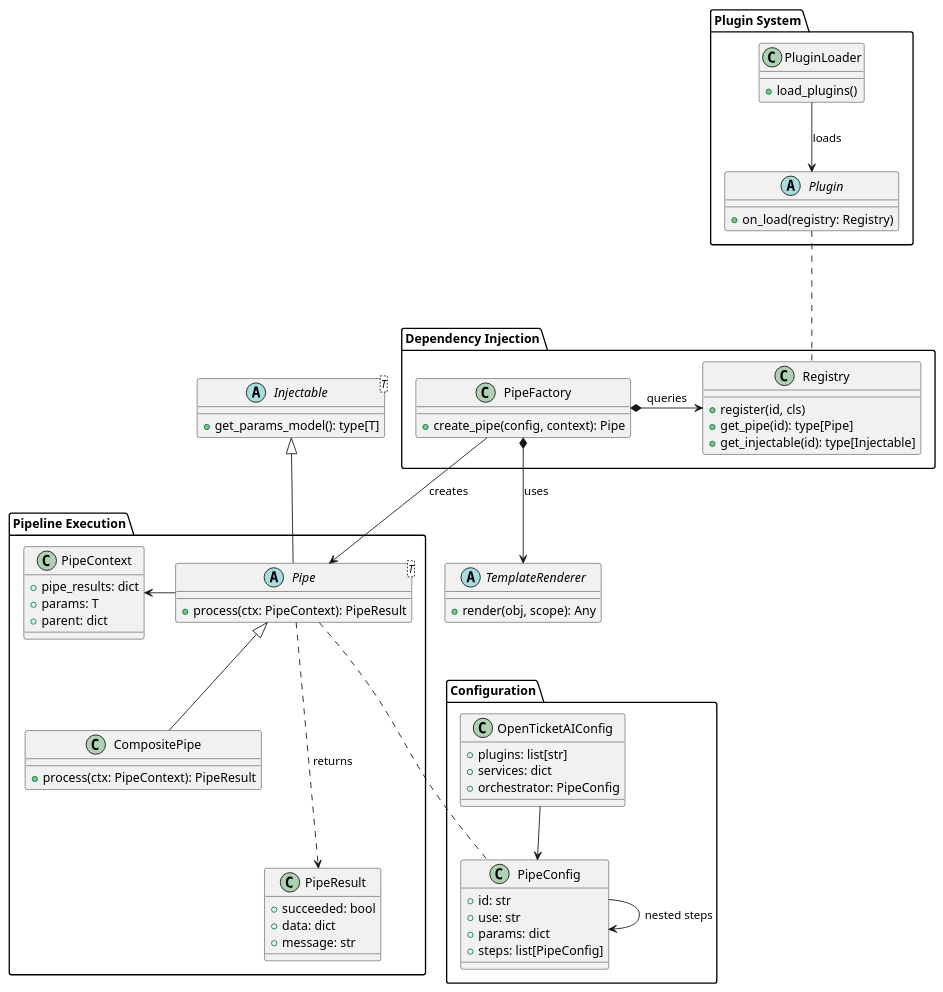
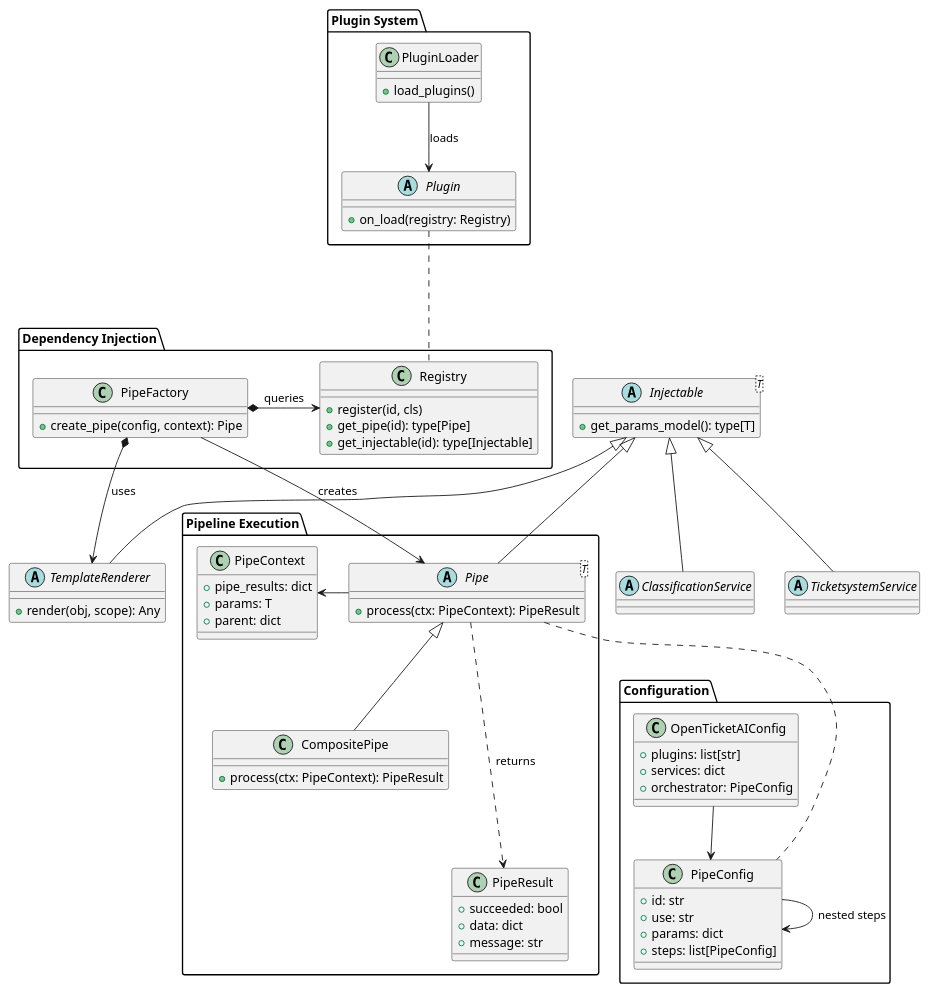
One commit to Softoft-Orga/open-ticket-ai changed the diagram in docs/_internal/diagrams/architecture_overview.puml. Above: the diagram before and after it, drawn with PlantUML. The commit also changed 7 other files, not shown here.

Commit message:
feat: enhance architecture overview and add example metadata handling in docs_examples.py

```diff
--- a/docs/_internal/diagrams/architecture_overview.puml
+++ b/docs/_internal/diagrams/architecture_overview.puml
@@ -1,90 +1,96 @@
 @startuml Architecture Overview - Core Concepts
 
 package "Pipeline Execution" {
     abstract class Pipe<T> {
         +process(ctx: PipeContext): PipeResult
     }
 
     class CompositePipe {
         +process(ctx: PipeContext): PipeResult
     }
 
     class PipeContext {
         +pipe_results: dict
         +params: T
         +parent: dict
     }
 
     class PipeResult {
         +succeeded: bool
         +data: dict
         +message: str
     }
 }
 
 package "Configuration" {
     class PipeConfig {
         +id: str
         +use: str
         +params: dict
         +steps: list[PipeConfig]
     }
 
     class OpenTicketAIConfig {
         +plugins: list[str]
         +services: dict
         +orchestrator: PipeConfig
     }
 }
 
 package "Dependency Injection" {
     class PipeFactory {
         +create_pipe(config, context): Pipe
     }
 
     class Registry {
         +register(id, cls)
         +get_pipe(id): type[Pipe]
         +get_injectable(id): type[Injectable]
     }
 }
 
 package "Plugin System" {
     abstract class Plugin {
         +on_load(registry: Registry)
     }
 
     class PluginLoader {
         +load_plugins()
     }
 }
 
-abstract class TemplateRenderer {
+abstract class TemplateRenderer extends Injectable {
     +render(obj, scope): Any
 }
 
 abstract class Injectable<T> {
     +get_params_model(): type[T]
+}
+
+abstract class TicketsystemService extends Injectable {
+}
+
+abstract class ClassificationService extends Injectable {
 }
 
 ' Core relationships
 Pipe -up-|> Injectable
 CompositePipe -up-|> Pipe
 Pipe -left-> PipeContext
 Pipe ...> PipeResult : returns
 Pipe ... PipeConfig
 
 ' Factory relationships
 PipeFactory -down-> Pipe : creates
 PipeFactory *-right-> Registry : queries
 PipeFactory *-down-> TemplateRenderer : uses
 
 ' Plugin relationships
 Plugin ... Registry
 PluginLoader --> Plugin : loads
 
 ' Config relationships
 OpenTicketAIConfig --> PipeConfig
 PipeConfig --> PipeConfig : nested steps
 
 @enduml
```
